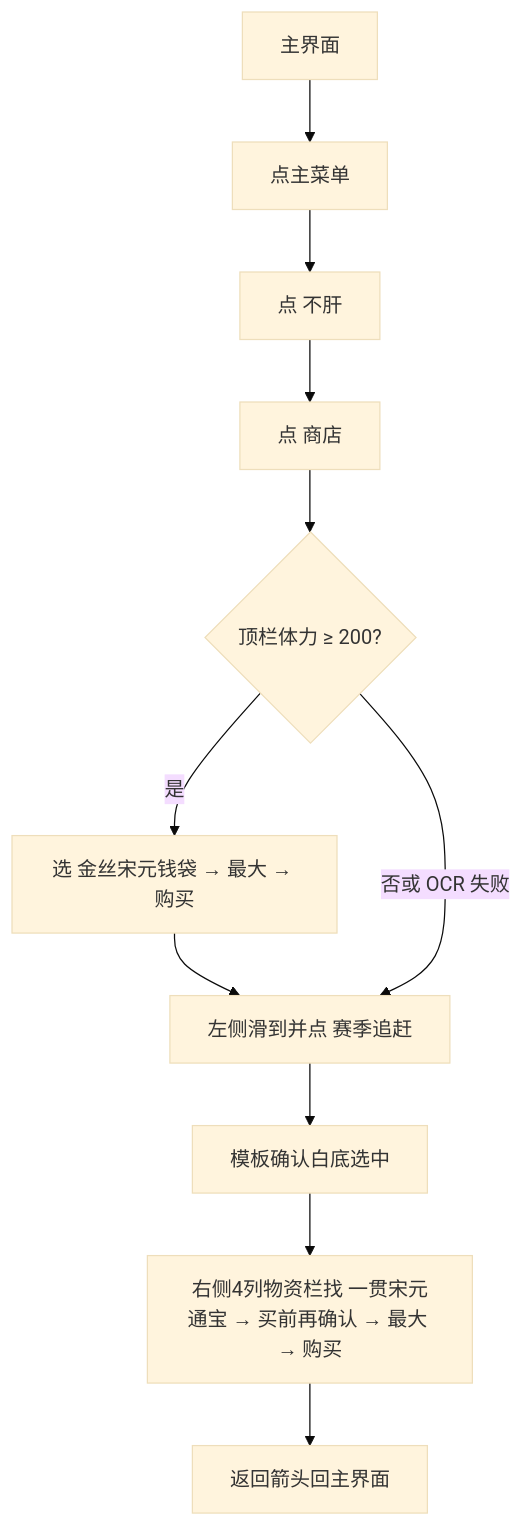
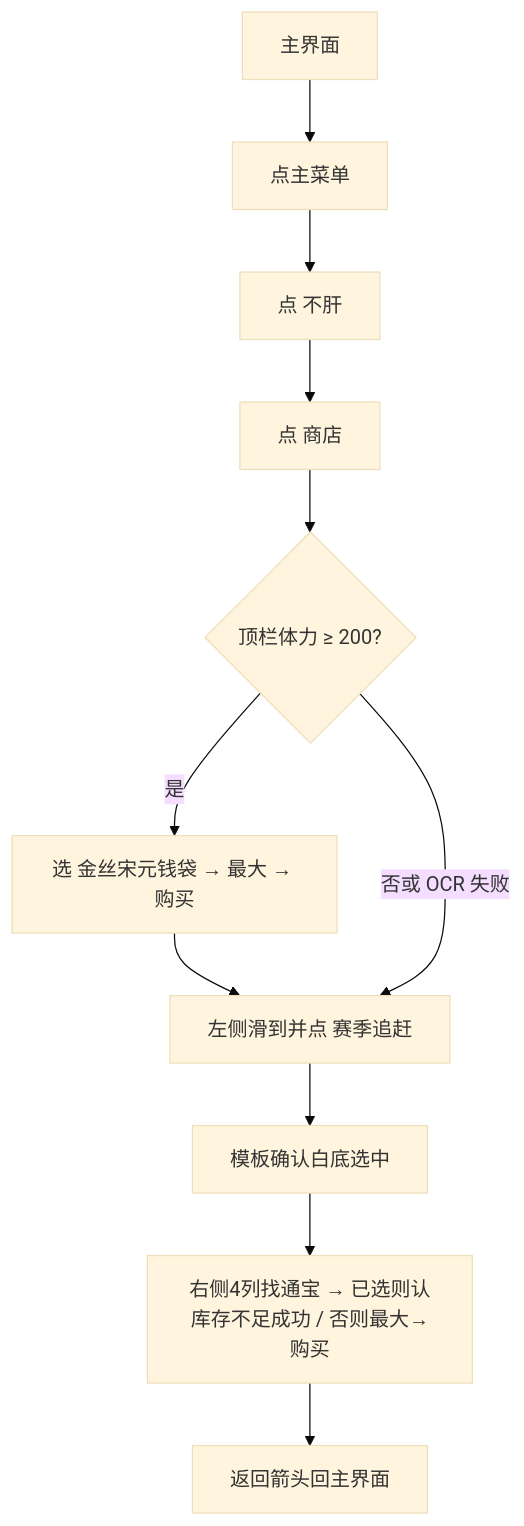
The first of 2 diagrams in docs/zh_cn/自动买钱.md (82488059/MAAJN), drawn with Mermaid (base theme) before and after one commit. The commit also changed other lines of this file and 1 other file, not shown here.

````diff
--- a/docs/zh_cn/自动买钱.md
+++ b/docs/zh_cn/自动买钱.md
@@ -60,17 +60,17 @@
 ```mermaid
 flowchart TD
   main["主界面"]
   menu["点主菜单"]
   bugan["点 不肝"]
   shop["点 商店"]
   stam{"顶栏体力 ≥ 200?"}
   bag["选 金丝宋元钱袋 → 最大 → 购买"]
   season["左侧滑到并点 赛季追赶"]
   confirm["模板确认白底选中"]
-  tong["右侧4列物资栏找 一贯宋元通宝 → 买前再确认 → 最大 → 购买"]
+  tong["右侧4列找通宝 → 已选则认库存不足成功 / 否则最大→购买"]
   back["返回箭头回主界面"]
   main --> menu --> bugan --> shop --> stam
   stam -->|是| bag --> season
   stam -->|否或 OCR 失败| season
   season --> confirm --> tong --> back
 ```
````
